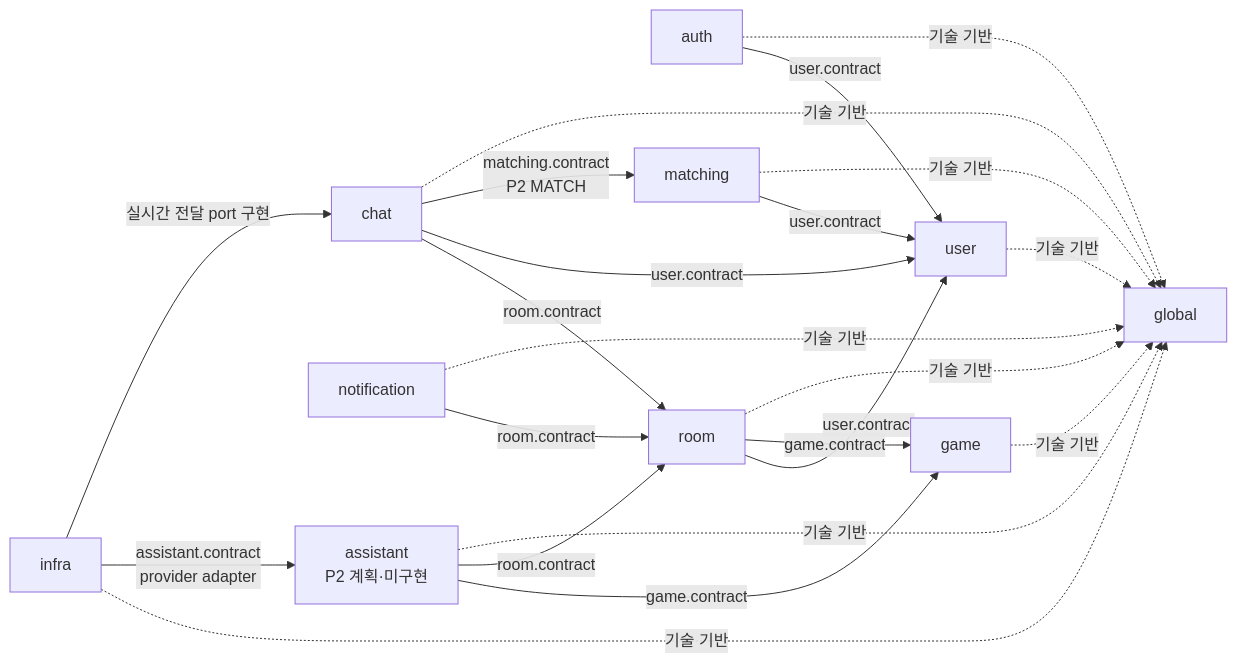
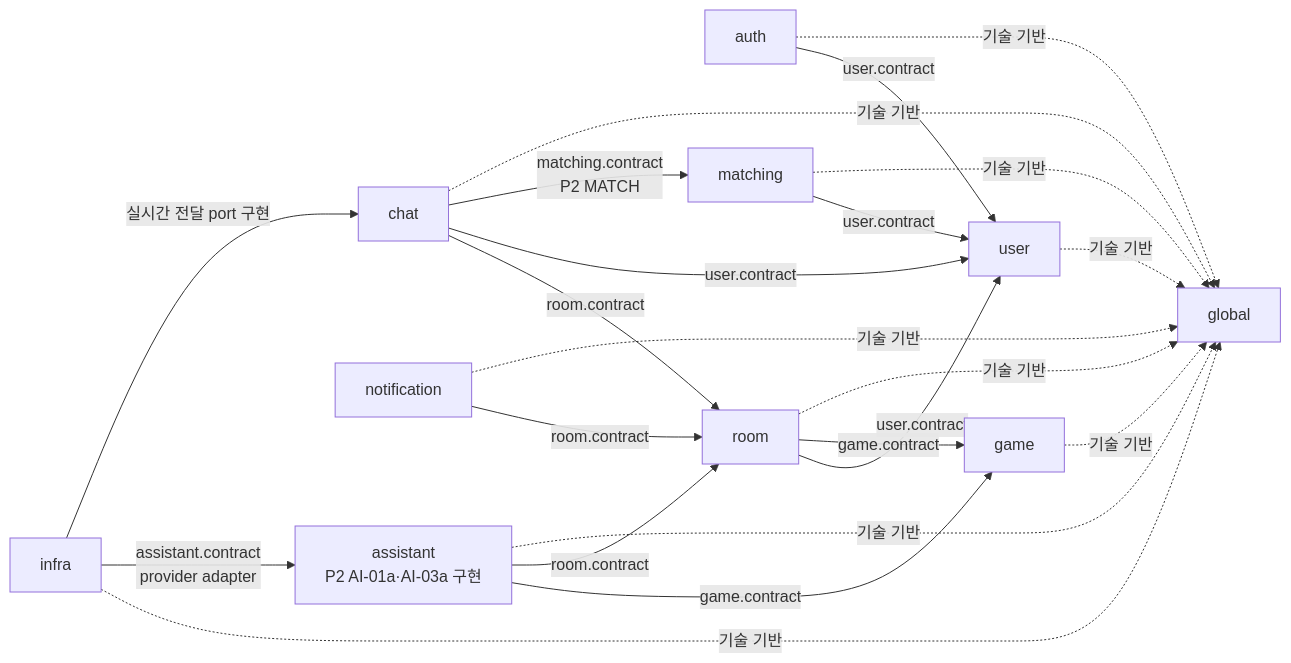
Before and after one commit to bamsongi-club/albam-mate: the first of 12 diagrams in docs/ARCHITECTURE.md, drawn with Mermaid. The commit also changed other lines of this file and 34 other files, not shown here.

````diff
--- a/docs/ARCHITECTURE.md
+++ b/docs/ARCHITECTURE.md
@@ -53,25 +53,25 @@
 ```mermaid
 flowchart LR
     auth["auth"] -->|"user.contract"| user["user"]
     room["room"] -->|"user.contract"| user
     room -->|"game.contract"| game["game"]
     chat["chat"] -->|"room.contract"| room
     chat -->|"user.contract"| user
     notification["notification"] -->|"room.contract"| room
-    assistant["assistant<br/>P2 계획·미구현"] -->|"game.contract"| game
+    assistant["assistant<br/>P2 AI-01a·AI-03a 구현"] -->|"game.contract"| game
     assistant -->|"room.contract"| room
     matching["matching"] -->|"user.contract"| user
     chat -->|"matching.contract<br/>P2 MATCH"| matching
 
     auth -.->|"기술 기반"| global["global"]
     user -.->|"기술 기반"| global
     game -.->|"기술 기반"| global
     room -.->|"기술 기반"| global
     chat -.->|"기술 기반"| global
     notification -.->|"기술 기반"| global
     assistant -.->|"기술 기반"| global
     matching -.->|"기술 기반"| global
     infra["infra"] -.->|"기술 기반"| global
     infra -->|"assistant.contract<br/>provider adapter"| assistant
     infra -->|"실시간 전달 port 구현"| chat
 ```
````
